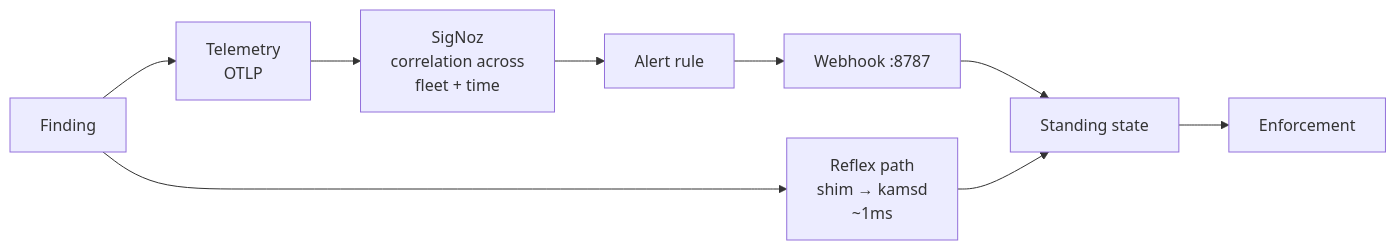
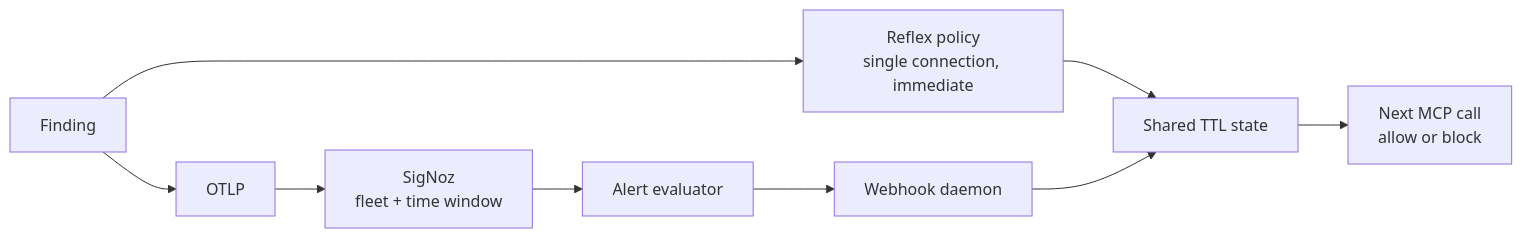
One commit to Pavilion-devs/kams changed the third of 3 diagrams in architecture.md. Above: the diagram before and after it, drawn with Mermaid. The commit also changed other lines of this file and 100 other files, not shown here.

````diff
--- a/architecture.md
+++ b/architecture.md
@@ -298,11 +177,11 @@
 ```mermaid
 flowchart LR
-    F["Finding"] --> R["Reflex path<br/>shim → kamsd<br/>~1ms"]
-    F --> T["Telemetry<br/>OTLP"]
-    T --> Z["SigNoz<br/>correlation across<br/>fleet + time"]
-    Z --> AL["Alert rule"]
-    AL --> W["Webhook :8787"]
-    W --> ST["Standing state"]
-    R --> ST
-    ST --> E["Enforcement"]
+    F["Finding"] --> R["Reflex policy<br/>single connection, immediate"]
+    F --> O["OTLP"]
+    O --> Z["SigNoz<br/>fleet + time window"]
+    Z --> A["Alert evaluator"]
+    A --> W["Webhook daemon"]
+    R --> S["Shared TTL state"]
+    W --> S
+    S --> E["Next MCP call<br/>allow or block"]
 ```
````
